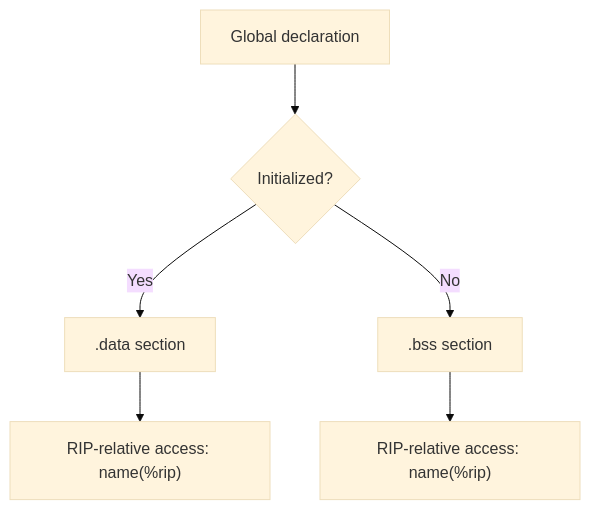
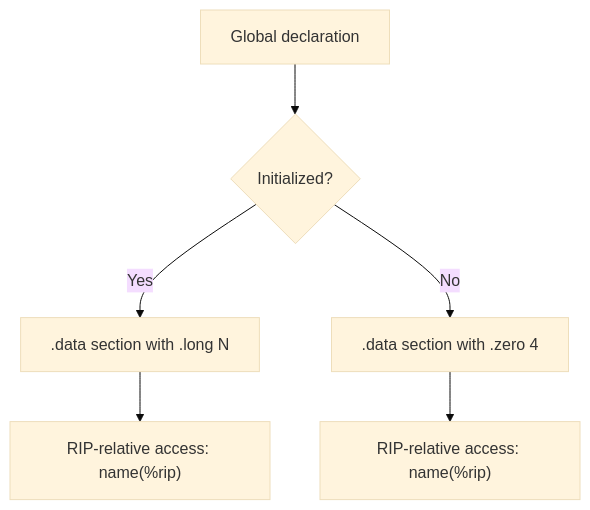
The diagram in 0020-global-variables/README.md (juno-yu/simple-howto-c-compiler-ximplec), drawn with Mermaid (base theme) before and after one commit. The commit also changed other lines of this file and 131 other files, not shown here.

````diff
--- a/0020-global-variables/README.md
+++ b/0020-global-variables/README.md
@@ -11,8 +11,8 @@
 ```mermaid
 graph TD
     A["Global declaration"] --> B{"Initialized?"}
-    B -->|Yes| C[".data section"]
-    B -->|No| D[".bss section"]
+    B -->|Yes| C[".data section with .long N"]
+    B -->|No| D[".data section with .zero 4"]
     C --> E["RIP-relative access: name(%rip)"]
     D --> F["RIP-relative access: name(%rip)"]
 ```
````
